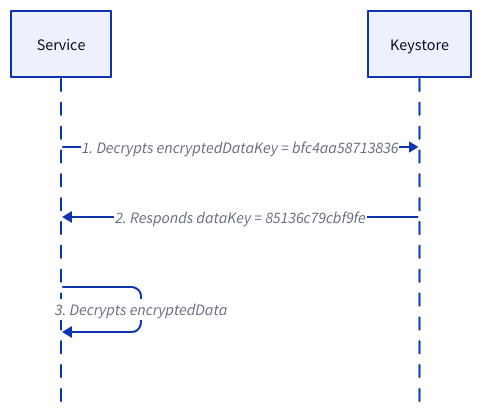
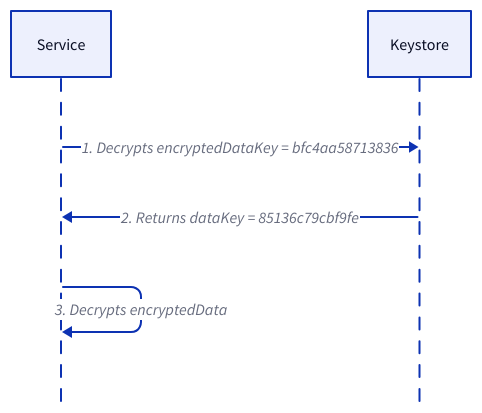
Before and after one commit to link1905/system-design-101: diagram 11 of 13 in content/system-administration/system-protection/data-security.md, drawn with D2. The commit also changed other lines of this file and 42 other files, not shown here.

````diff
--- a/content/system-administration/system-protection/data-security.md
+++ b/content/system-administration/system-protection/data-security.md
@@ -599,8 +590,8 @@
     ```d2
     shape: sequence_diagram
     s: Service
     k: Keystore
     s -> k: 1. Decrypts encryptedDataKey = bfc4aa58713836
-    k -> s: 2. Responds dataKey = 85136c79cbf9fe
+    k -> s: 2. Returns dataKey = 85136c79cbf9fe
     s -> s: 3. Decrypts encryptedData
     ```
````
